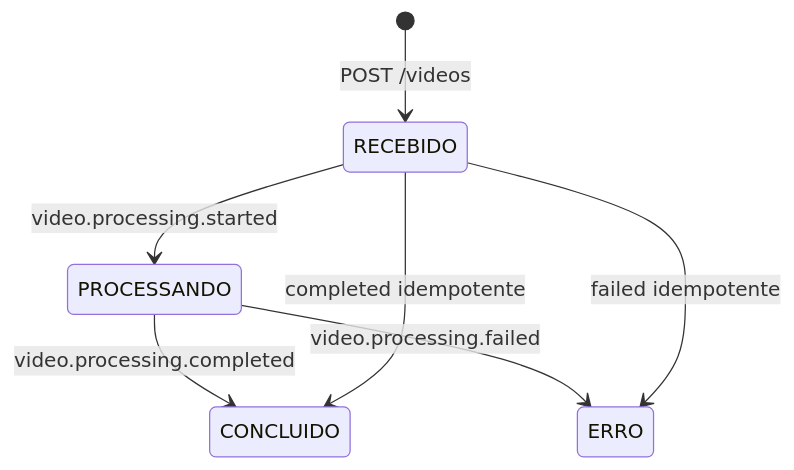
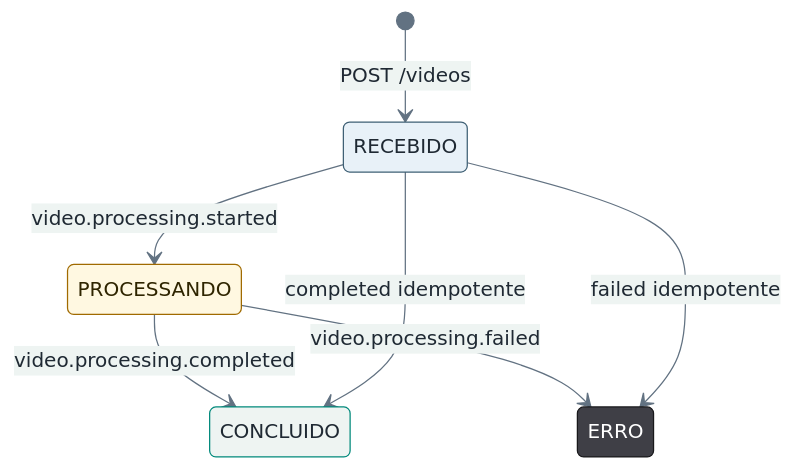
The second of 2 diagrams in docs/index.md (fabianorodrigues/fiap-fase5-docs), drawn with Mermaid before and after one commit. The commit also changed other lines of this file and 11 other files, not shown here.

````diff
--- a/docs/index.md
+++ b/docs/index.md
@@ -117,9 +125,19 @@
 ```mermaid
+%%{init: {"theme": "base", "themeVariables": {"primaryColor": "#E8F1F8", "primaryBorderColor": "#3F6075", "primaryTextColor": "#1F2933", "secondaryColor": "#EEF4F2", "tertiaryColor": "#FFF8E1", "lineColor": "#627282"}} }%%
 stateDiagram-v2
     [*] --> RECEBIDO: POST /videos
     RECEBIDO --> PROCESSANDO: video.processing.started
     PROCESSANDO --> CONCLUIDO: video.processing.completed
     PROCESSANDO --> ERRO: video.processing.failed
     RECEBIDO --> CONCLUIDO: completed idempotente
     RECEBIDO --> ERRO: failed idempotente
+
+    classDef recebido fill:#E8F1F8,color:#1F2933,stroke:#3F6075
+    classDef ativo fill:#FFF8E1,color:#2F2500,stroke:#A06A00
+    classDef sucesso fill:#EEF4F2,color:#1F2933,stroke:#00897B
+    classDef erro fill:#3F3F46,color:#fff,stroke:#18181B
+    class RECEBIDO recebido
+    class PROCESSANDO ativo
+    class CONCLUIDO sucesso
+    class ERRO erro
 ```
````
